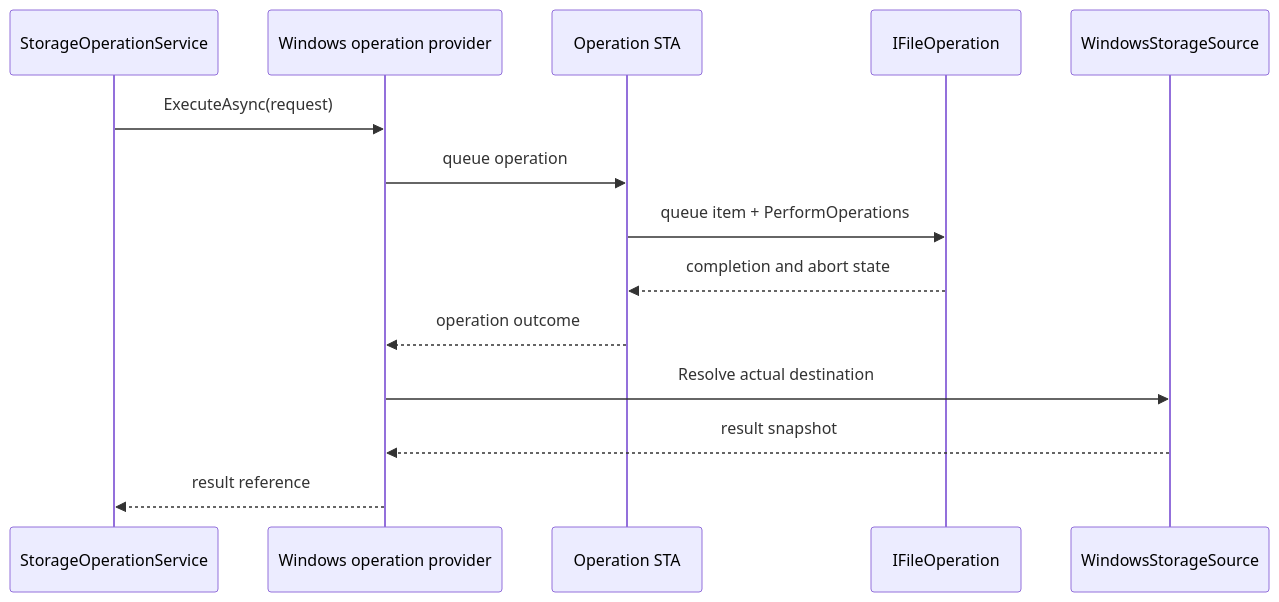
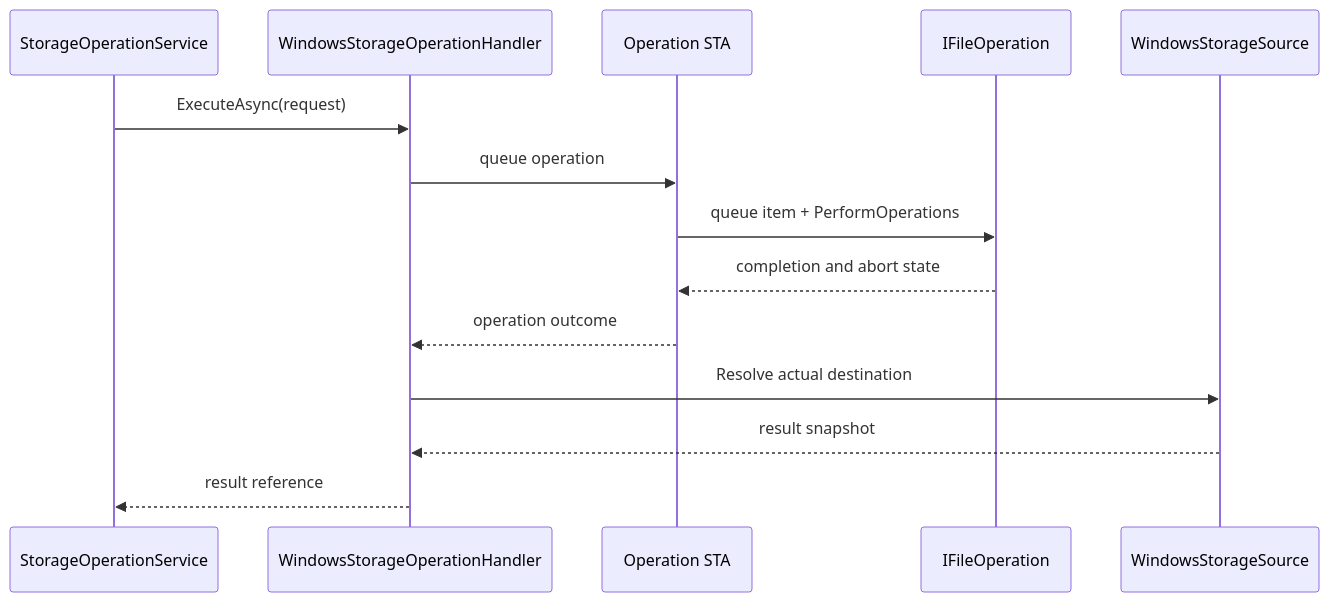
One commit to 0x5bfa/Files changed the eighth of 8 diagrams in docs/architecture/windows-storage.md. Above: the diagram before and after it, drawn with Mermaid. The commit also changed other lines of this file and 260 other files, not shown here.

Commit message:
Simplify Files.Core architecture terminology

````diff
--- a/docs/architecture/windows-storage.md
+++ b/docs/architecture/windows-storage.md
@@ -248,17 +248,17 @@
 ```mermaid
 sequenceDiagram
     participant Service as StorageOperationService
-    participant Provider as Windows operation provider
+    participant Handler as WindowsStorageOperationHandler
     participant STA as Operation STA
     participant Shell as IFileOperation
     participant Source as WindowsStorageSource
 
-    Service->>Provider: ExecuteAsync(request)
-    Provider->>STA: queue operation
+    Service->>Handler: ExecuteAsync(request)
+    Handler->>STA: queue operation
     STA->>Shell: queue item + PerformOperations
     Shell-->>STA: completion and abort state
-    STA-->>Provider: operation outcome
-    Provider->>Source: Resolve actual destination
-    Source-->>Provider: result snapshot
-    Provider-->>Service: result reference
+    STA-->>Handler: operation outcome
+    Handler->>Source: Resolve actual destination
+    Source-->>Handler: result snapshot
+    Handler-->>Service: result reference
 ```
````
